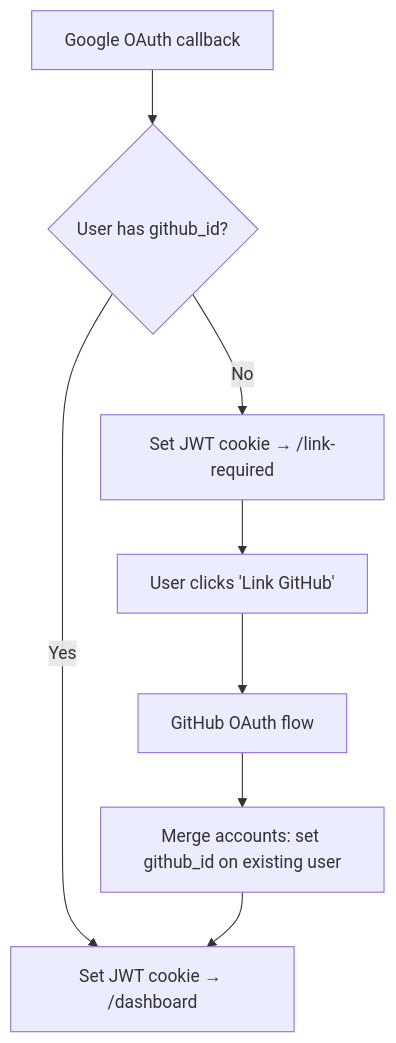
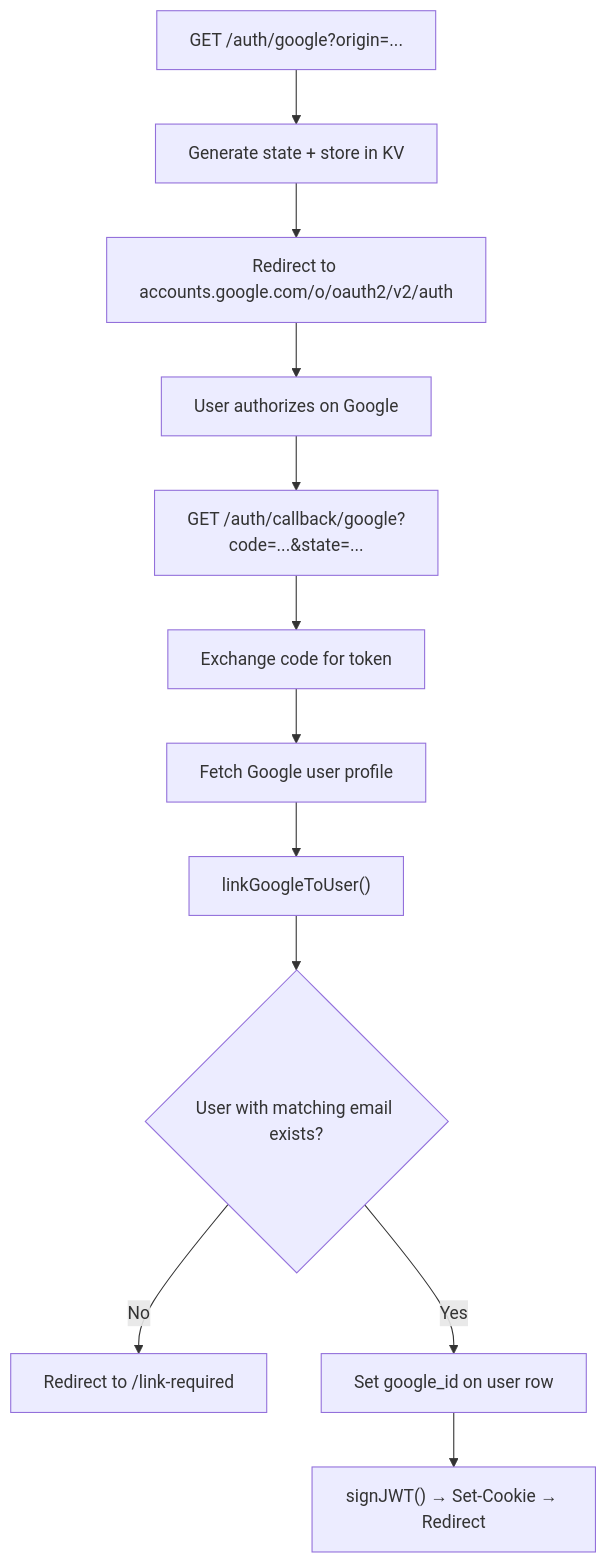
The third of 3 diagrams in docs/v3/architecture/01-authentication.md (devangshupandey2025-stack/DevSage), drawn with Mermaid before and after one commit. The commit also changed other lines of this file and 30 other files, not shown here.

First line of the commit message:
docs: rewrite v3 architecture docs to match current system

````diff
--- a/docs/v3/architecture/01-authentication.md
+++ b/docs/v3/architecture/01-authentication.md
@@ -68,10 +103,14 @@
 ```mermaid
 flowchart TD
-    A[Google OAuth callback] --> B{User has github_id?}
-    B -->|Yes| C[Set JWT cookie → /dashboard]
-    B -->|No| D[Set JWT cookie → /link-required]
-    D --> E[User clicks 'Link GitHub']
-    E --> F[GitHub OAuth flow]
-    F --> G[Merge accounts: set github_id on existing user]
-    G --> C
+    A["GET /auth/google?origin=..."] --> B["Generate state + store in KV"]
+    B --> C["Redirect to accounts.google.com/o/oauth2/v2/auth"]
+    C --> D["User authorizes on Google"]
+    D --> E["GET /auth/callback/google?code=...&state=..."]
+    E --> F["Exchange code for token"]
+    F --> G["Fetch Google user profile"]
+    G --> H["linkGoogleToUser()"]
+    H --> I{"User with matching email exists?"}
+    I -->|"No"| J["Redirect to /link-required"]
+    I -->|"Yes"| K["Set google_id on user row"]
+    K --> L["signJWT() → Set-Cookie → Redirect"]
 ```
````
